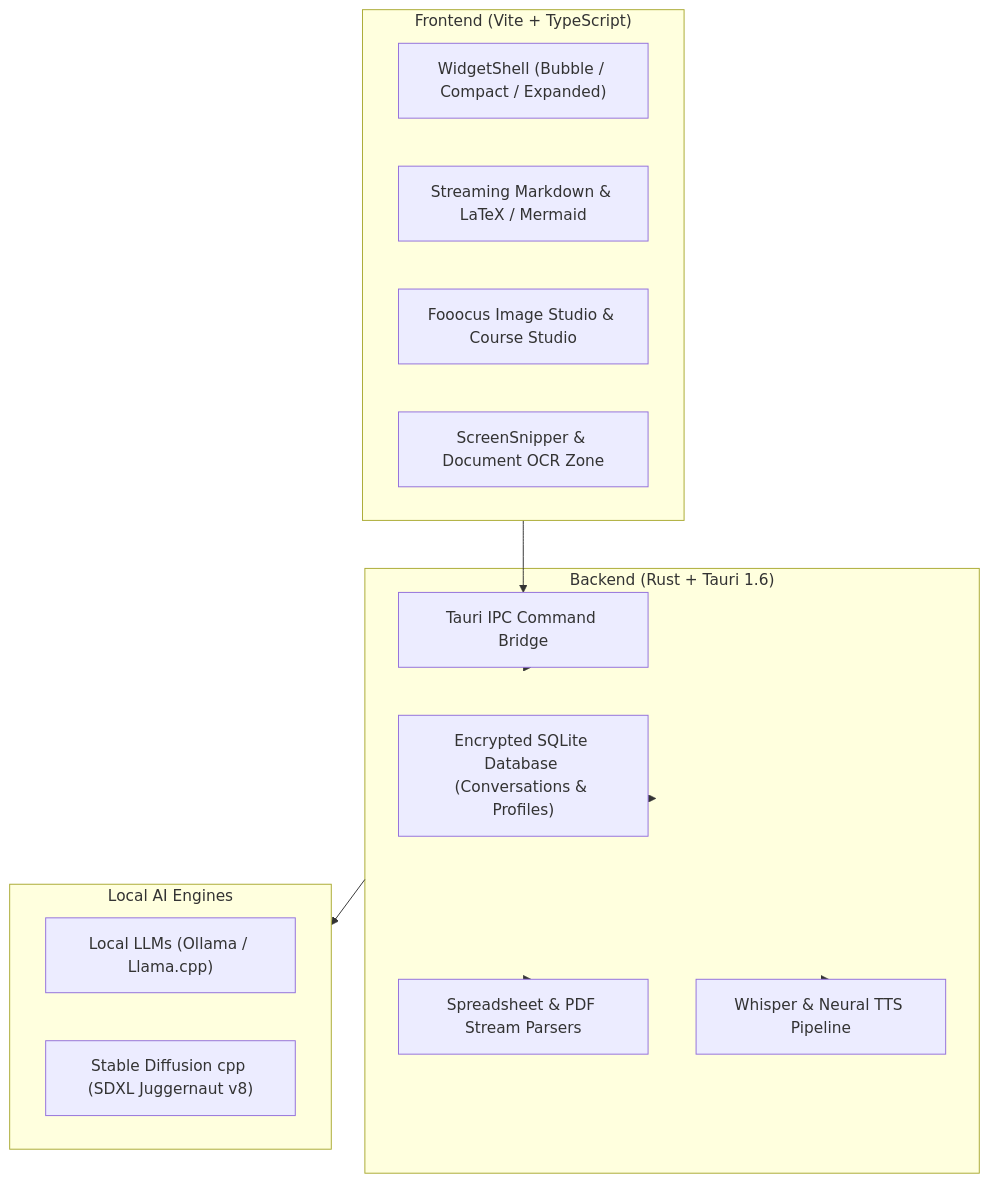
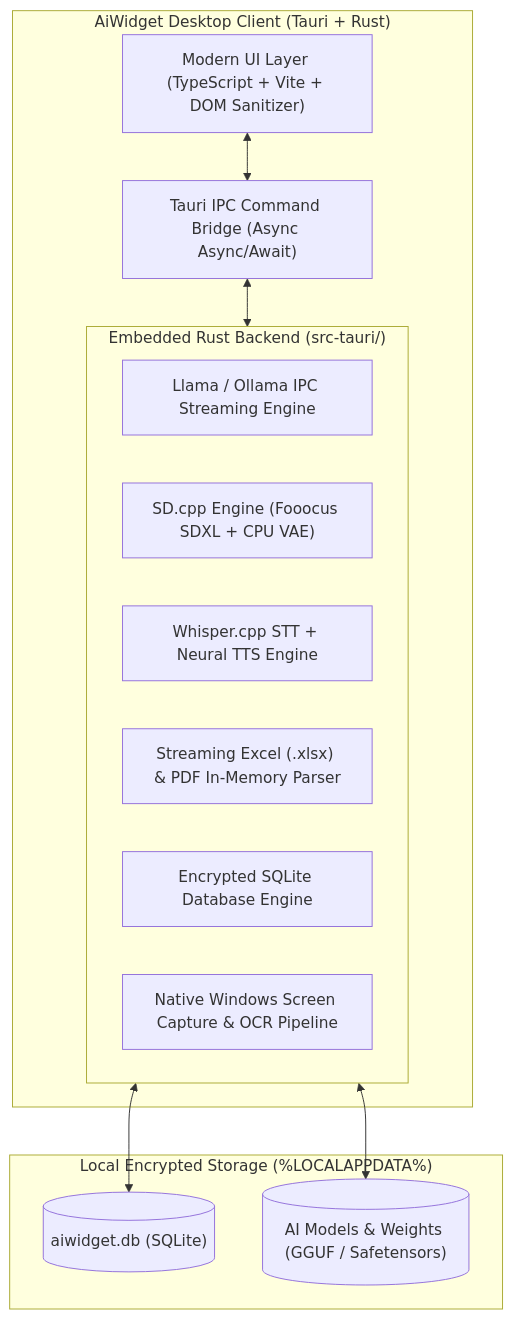
The second of 2 diagrams in README.md (ShaDevPro/AiWidget), drawn with Mermaid before and after one commit. The commit also changed other lines of this file, not shown here.

Commit message:
docs: Publish comprehensive high-impact marketing README with benchmarks and architecture

````diff
--- a/README.md
+++ b/README.md
@@ -125,25 +155,26 @@
 ```mermaid
 flowchart TD
-    subgraph UI ["Frontend (Vite + TypeScript)"]
-        UI_Shell["WidgetShell (Bubble / Compact / Expanded)"]
-        UI_Chat["Streaming Markdown & LaTeX / Mermaid"]
-        UI_Studio["Fooocus Image Studio & Course Studio"]
-        UI_Snip["ScreenSnipper & Document OCR Zone"]
+    subgraph Client ["AiWidget Desktop Client (Tauri + Rust)"]
+        UI["Modern UI Layer (TypeScript + Vite + DOM Sanitizer)"]
+        IPC["Tauri IPC Command Bridge (Async Async/Await)"]
+        
+        subgraph RustBackend ["Embedded Rust Backend (src-tauri/)"]
+            LLM_ENG["Llama / Ollama IPC Streaming Engine"]
+            SD_ENG["SD.cpp Engine (Fooocus SDXL + CPU VAE)"]
+            VOICE_ENG["Whisper.cpp STT + Neural TTS Engine"]
+            RAG_ENG["Streaming Excel (.xlsx) & PDF In-Memory Parser"]
+            DB_ENG["Encrypted SQLite Database Engine"]
+            SNIP_ENG["Native Windows Screen Capture & OCR Pipeline"]
+        end
     end
 
-    subgraph Backend ["Backend (Rust + Tauri 1.6)"]
-        IPC["Tauri IPC Command Bridge"]
-        DB["Encrypted SQLite Database (Conversations & Profiles)"]
-        RAG["Spreadsheet & PDF Stream Parsers"]
-        TTS["Whisper & Neural TTS Pipeline"]
+    subgraph Storage ["Local Encrypted Storage (%LOCALAPPDATA%)"]
+        DB_FILE[("aiwidget.db (SQLite)")]
+        MODELS_DIR[("AI Models & Weights (GGUF / Safetensors)")]
     end
 
-    subgraph Engines ["Local AI Engines"]
-        OLLAMA["Local LLMs (Ollama / Llama.cpp)"]
-        SD["Stable Diffusion cpp (SDXL Juggernaut v8)"]
-    end
-
-    UI --> IPC --> Backend
-    Backend --> DB & RAG & TTS
-    Backend --> Engines
+    UI <--> IPC
+    IPC <--> RustBackend
+    RustBackend <--> DB_FILE
+    RustBackend <--> MODELS_DIR
 ```
````
